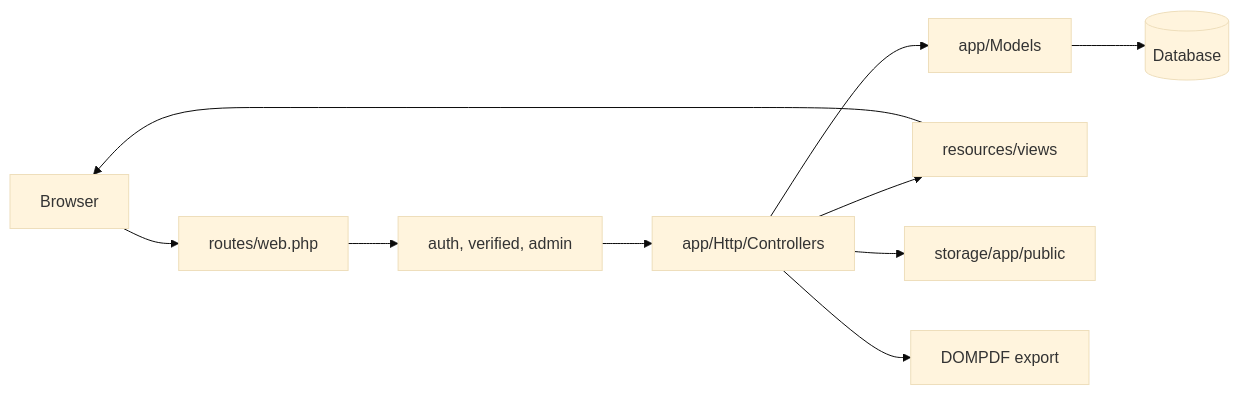
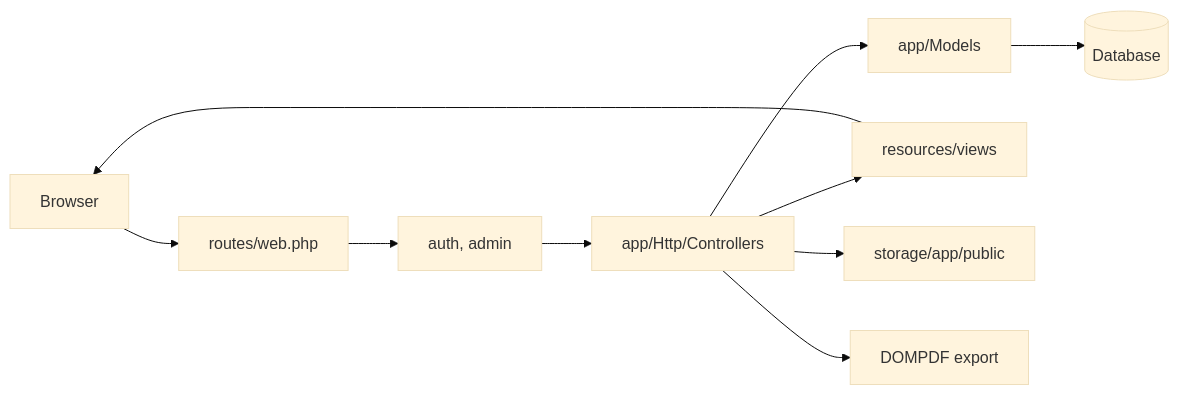
The first of 2 diagrams in docs/CODEBASE_GUIDE.md (cloodei/cnweb), drawn with Mermaid (base theme) before and after one commit. The commit also changed other lines of this file and 36 other files, not shown here.

````diff
--- a/docs/CODEBASE_GUIDE.md
+++ b/docs/CODEBASE_GUIDE.md
@@ -7,12 +7,12 @@
 ```mermaid
 flowchart LR
     Browser --> Routes["routes/web.php"]
-    Routes --> Middleware["auth, verified, admin"]
+    Routes --> Middleware["auth, admin"]
     Middleware --> Controllers["app/Http/Controllers"]
     Controllers --> Models["app/Models"]
     Models --> Database[(Database)]
     Controllers --> Views["resources/views"]
     Views --> Browser
     Controllers --> Storage["storage/app/public"]
     Controllers --> PDF["DOMPDF export"]
 ```
````
